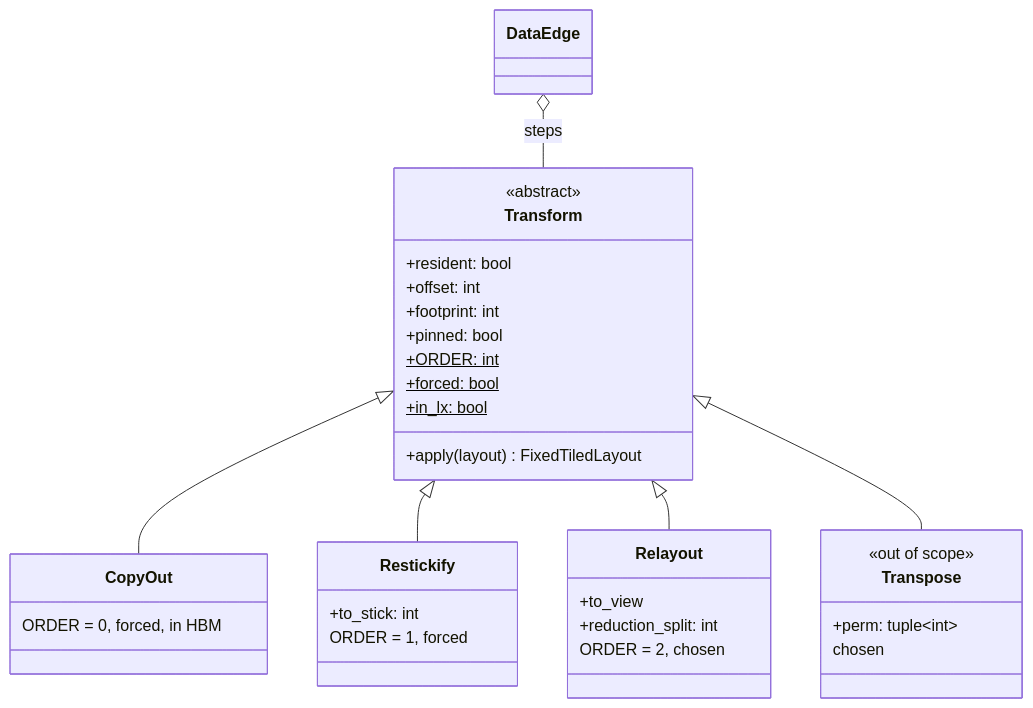
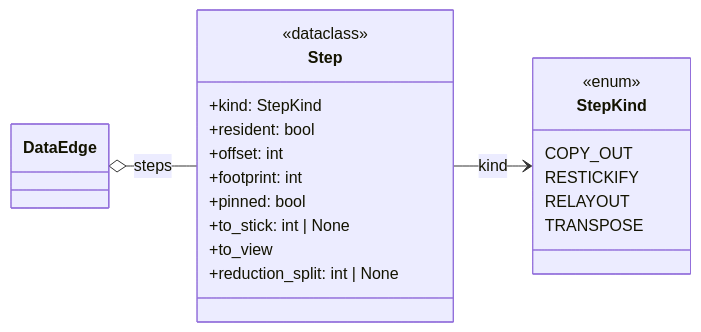
One commit to spectre-ns/spyre-roadmap changed the fourth of 6 diagrams in plans/lx-allocator.md. Above: the diagram before and after it, drawn with Mermaid. The commit also changed other lines of this file, not shown here.

````diff
--- a/plans/lx-allocator.md
+++ b/plans/lx-allocator.md
@@ -347,40 +340,27 @@
 ```mermaid
 classDiagram
-    direction TB
+    direction LR
 
-    class Transform {
-        <<abstract>>
+    class Step {
+        <<dataclass>>
+        +kind: StepKind
         +resident: bool
         +offset: int
         +footprint: int
         +pinned: bool
-        +ORDER: int$
-        +forced: bool$
-        +in_lx: bool$
-        +apply(layout) FixedTiledLayout
+        +to_stick: int | None
+        +to_view
+        +reduction_split: int | None
     }
-    class CopyOut {
-        ORDER = 0, forced, in HBM
-    }
-    class Restickify {
-        +to_stick: int
-        ORDER = 1, forced
-    }
-    class Relayout {
-        +to_view
-        +reduction_split: int
-        ORDER = 2, chosen
-    }
-    class Transpose {
-        <<out of scope>>
-        +perm: tuple~int~
-        chosen
+    class StepKind {
+        <<enum>>
+        COPY_OUT
+        RESTICKIFY
+        RELAYOUT
+        TRANSPOSE
     }
     class DataEdge
 
-    DataEdge o-- Transform : steps
-    Transform <|-- CopyOut
-    Transform <|-- Restickify
-    Transform <|-- Relayout
-    Transform <|-- Transpose
+    DataEdge o-- Step : steps
+    Step --> StepKind : kind
 ```
````
